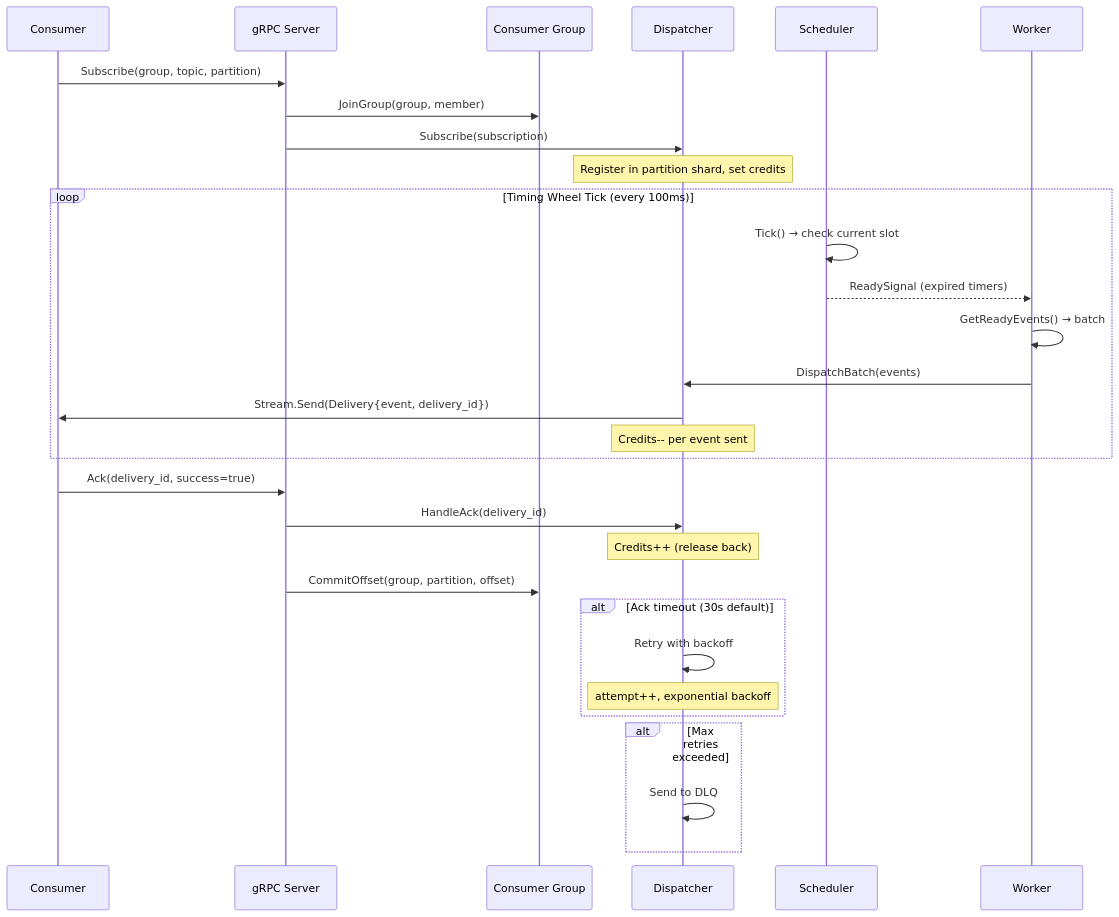
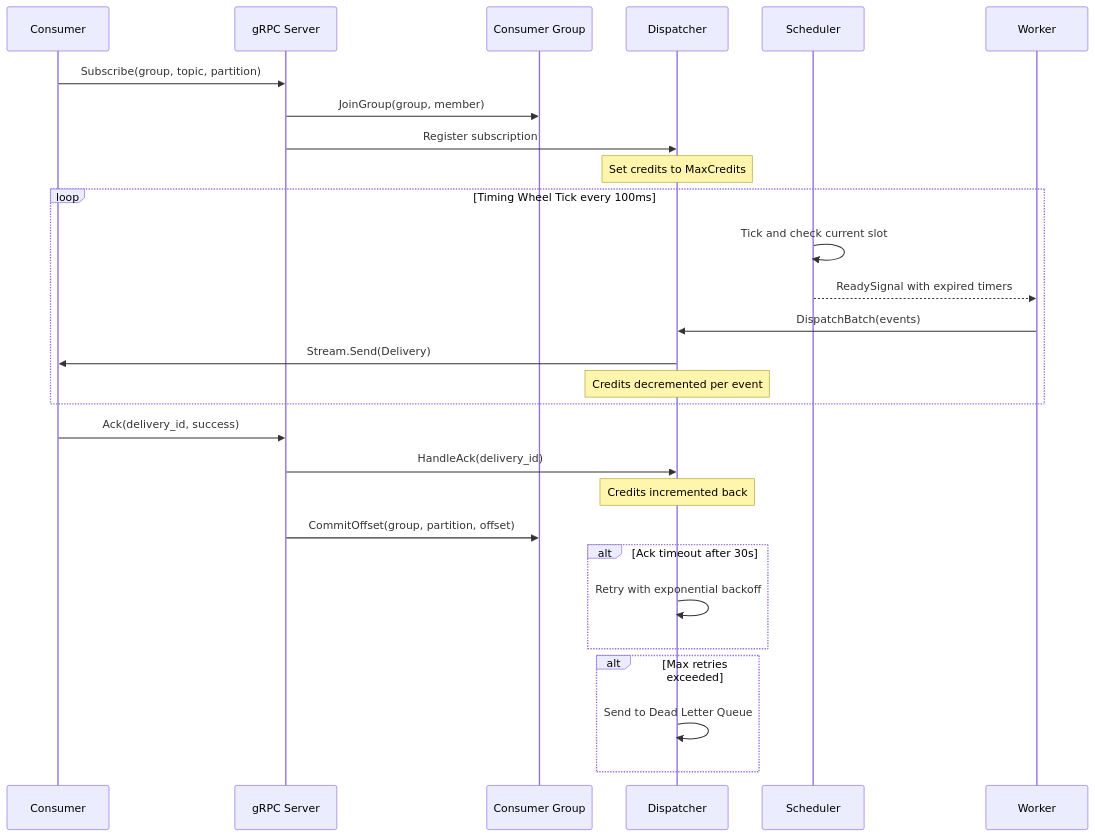
Before and after one commit to jatin711-debug/cronos_db_golang: the sixth of 36 diagrams in ARCHITECTURE.md, drawn with Mermaid. The commit also changed other lines of this file, not shown here.

First line of the commit message:
docs(architecture): simplify documentation structure and improve clarity

````diff
--- a/ARCHITECTURE.md
+++ b/ARCHITECTURE.md
@@ -254,37 +223,35 @@
 ```mermaid
 sequenceDiagram
     participant Client as Consumer
     participant gRPC as gRPC Server
     participant CG as Consumer Group
     participant DSP as Dispatcher
     participant SCH as Scheduler
     participant WRK as Worker
 
     Client->>gRPC: Subscribe(group, topic, partition)
     gRPC->>CG: JoinGroup(group, member)
-    gRPC->>DSP: Subscribe(subscription)
-    Note over DSP: Register in partition shard, set credits
+    gRPC->>DSP: Register subscription
+    Note over DSP: Set credits to MaxCredits
 
-    loop Timing Wheel Tick (every 100ms)
-        SCH->>SCH: Tick() → check current slot
-        SCH-->>WRK: ReadySignal (expired timers)
-        WRK->>WRK: GetReadyEvents() → batch
+    loop Timing Wheel Tick every 100ms
+        SCH->>SCH: Tick and check current slot
+        SCH-->>WRK: ReadySignal with expired timers
         WRK->>DSP: DispatchBatch(events)
-        DSP->>Client: Stream.Send(Delivery{event, delivery_id})
-        Note over DSP: Credits-- per event sent
+        DSP->>Client: Stream.Send(Delivery)
+        Note over DSP: Credits decremented per event
     end
 
-    Client->>gRPC: Ack(delivery_id, success=true)
+    Client->>gRPC: Ack(delivery_id, success)
     gRPC->>DSP: HandleAck(delivery_id)
-    Note over DSP: Credits++ (release back)
+    Note over DSP: Credits incremented back
     gRPC->>CG: CommitOffset(group, partition, offset)
 
-    alt Ack timeout (30s default)
-        DSP->>DSP: Retry with backoff
-        Note over DSP: attempt++, exponential backoff
+    alt Ack timeout after 30s
+        DSP->>DSP: Retry with exponential backoff
     end
 
     alt Max retries exceeded
-        DSP->>DSP: Send to DLQ
+        DSP->>DSP: Send to Dead Letter Queue
     end
 ```
````
